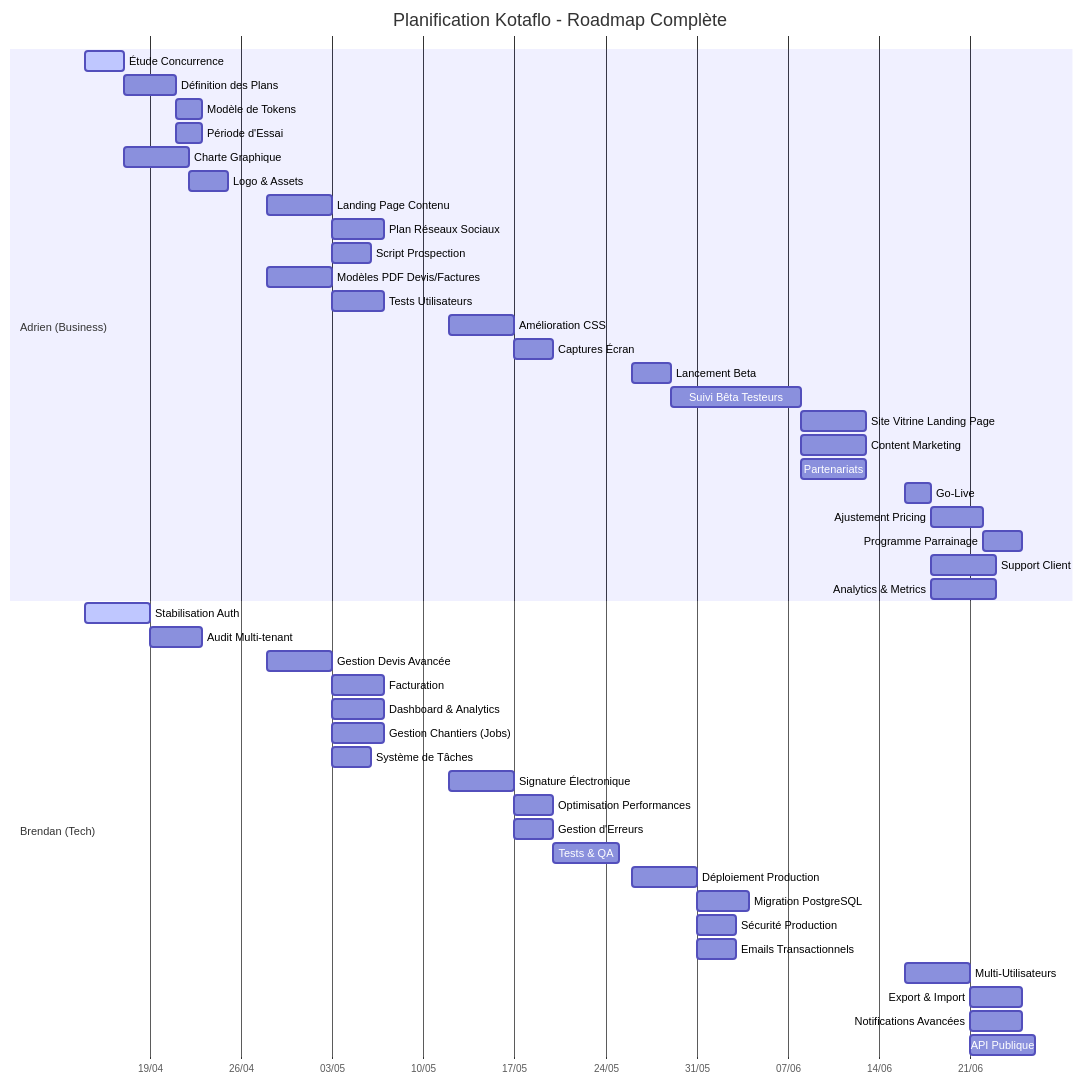
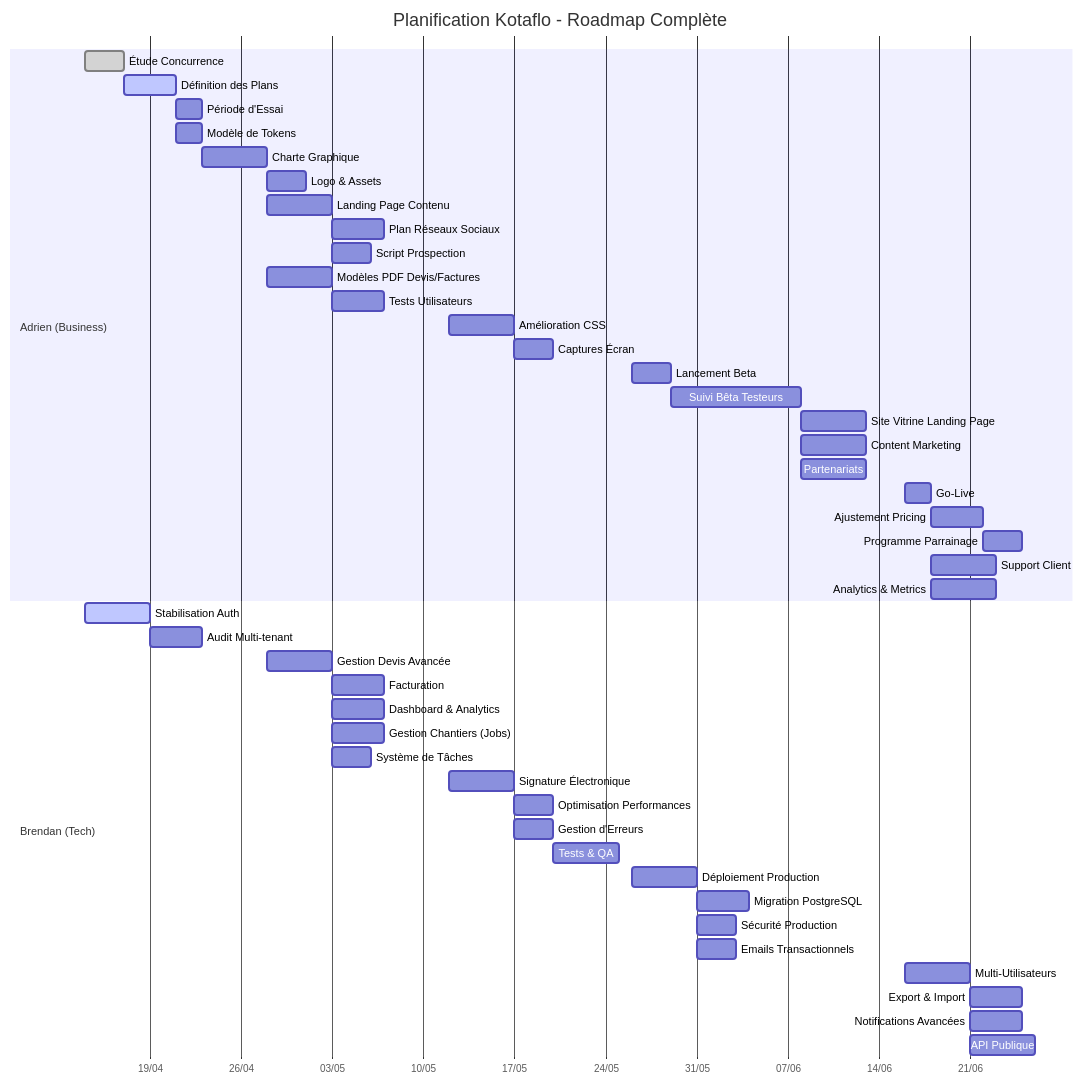
One commit to brendanchalvet-collab/kotaflo changed the diagram in ROADMAP.md. Above: the diagram before and after it, drawn with Mermaid. The commit also changed other lines of this file and 3 other files, not shown here.

````diff
--- a/ROADMAP.md
+++ b/ROADMAP.md
@@ -9,52 +9,52 @@
 ```mermaid
 gantt
     title Planification Kotaflo - Roadmap Complète
     dateFormat  YYYY-MM-DD
     axisFormat  %d/%m
     
     section Adrien (Business)
-    Étude Concurrence           :active, a1, 2026-04-14, 3d
-    Définition des Plans        :a2, after a1, 4d
-    Modèle de Tokens            :a3, after a2, 2d
-    Période d'Essai             :a4, after a2, 2d
-    Charte Graphique            :a5, after a1, 5d
+    Étude Concurrence           :done, a1, 2026-04-14, 3d
+    Définition des Plans        :active, a2, after a1, 4d
+    Période d'Essai             :a3, after a2, 2d
+    Modèle de Tokens            :a4, after a2, 2d
+    Charte Graphique            :a5, after a3, 5d
     Logo & Assets               :a6, after a5, 3d
     Landing Page Contenu        :a7, 2026-04-28, 5d
     Plan Réseaux Sociaux        :a8, after a7, 4d
     Script Prospection          :a9, after a7, 3d
     Modèles PDF Devis/Factures  :a10, 2026-04-28, 5d
     Tests Utilisateurs          :a11, after a10, 4d
     Amélioration CSS            :a12, 2026-05-12, 5d
     Captures Écran              :a13, after a12, 3d
     Lancement Beta              :a14, 2026-05-26, 3d
     Suivi Bêta Testeurs         :a15, after a14, 10d
     Site Vitrine Landing Page   :a16, after a15, 5d
     Content Marketing           :a17, after a15, 5d
     Partenariats                :a18, after a15, 5d
     Go-Live                     :a19, 2026-06-16, 2d
     Ajustement Pricing          :a20, after a19, 4d
     Programme Parrainage        :a21, after a20, 3d
     Support Client              :a22, after a19, 5d
     Analytics & Metrics         :a23, after a19, 5d
     
     section Brendan (Tech)
     Stabilisation Auth          :active, b1, 2026-04-14, 5d
     Audit Multi-tenant          :b2, after b1, 4d
     Gestion Devis Avancée       :b3, 2026-04-28, 5d
     Facturation                 :b4, after b3, 4d
     Dashboard & Analytics       :b5, after b3, 4d
     Gestion Chantiers (Jobs)    :b6, after b3, 4d
     Système de Tâches           :b7, after b3, 3d
     Signature Électronique      :b8, 2026-05-12, 5d
     Optimisation Performances   :b9, after b8, 3d
     Gestion d'Erreurs           :b10, after b8, 3d
     Tests & QA                  :b11, after b9, 5d
     Déploiement Production      :b12, 2026-05-26, 5d
     Migration PostgreSQL        :b13, after b12, 4d
     Sécurité Production         :b14, after b12, 3d
     Emails Transactionnels      :b15, after b12, 3d
     Multi-Utilisateurs          :b16, 2026-06-16, 5d
     Export & Import             :b17, after b16, 4d
     Notifications Avancées      :b18, after b16, 4d
     API Publique                :b19, after b16, 5d
 ```
````
